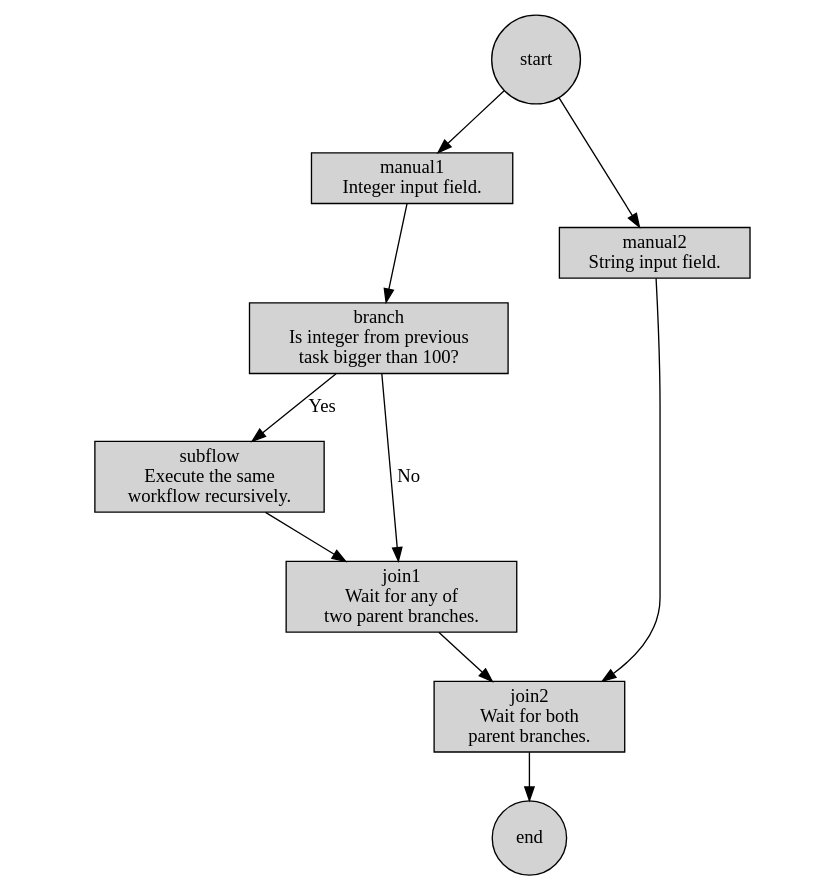
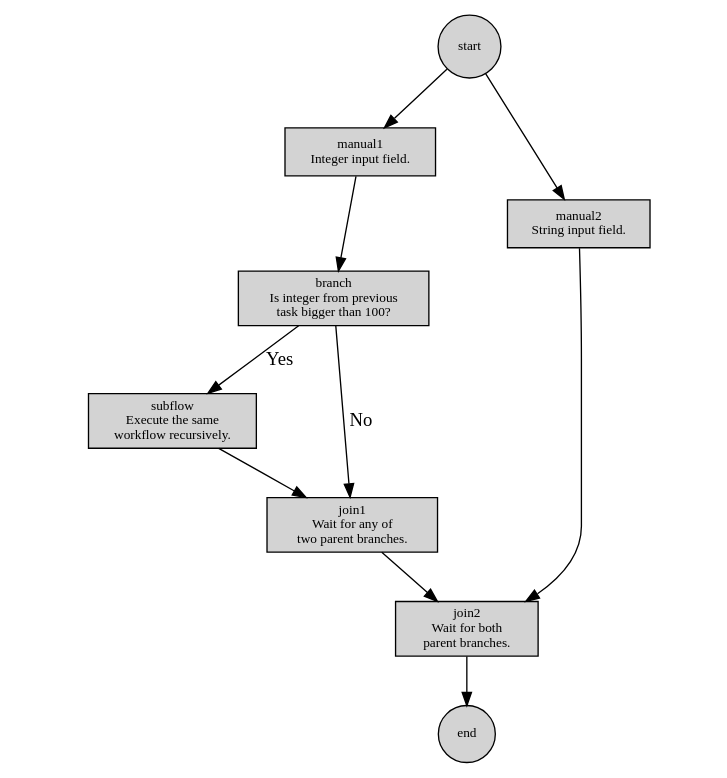
The diagram in frontend/public/images/demo.gv (mpod/scala-workflow), drawn with Graphviz before and after one commit. The commit also changed 1 other file, not shown here.

```diff
--- a/frontend/public/images/demo.gv
+++ b/frontend/public/images/demo.gv
@@ -1,34 +1,35 @@
 digraph graph_name {
   graph [
     fontsize = 10,
     overlap = false,
     ratio = 1.075,
   ];
 
   node [
     style = "filled"
+    fontsize = 10,
   ];
 
   edge [
   ];
 
   // node define
   start [shape = circle];
   manual1 [shape = box, label = "manual1\nInteger input field."];
   manual2 [shape = box, label = "manual2\nString input field."];
   branch [shape = box, label = "branch\nIs integer from previous \n task bigger than 100?"];
   subflow [shape = box, label = "subflow\nExecute the same \n workflow recursively."];
   join1 [shape = box, label = "join1\nWait for any of \n two parent branches."];
   join2 [shape = box, label = "join2\nWait for both \n parent branches."];
   end [shape = circle];
 
   start -> manual1;
   start -> manual2;
   manual1 -> branch;
   branch -> subflow[label = "Yes"];
   branch -> join1[label = "No"];
   subflow -> join1;
   join1 -> join2;
   manual2 -> join2;
   join2 -> end;
 }
```
